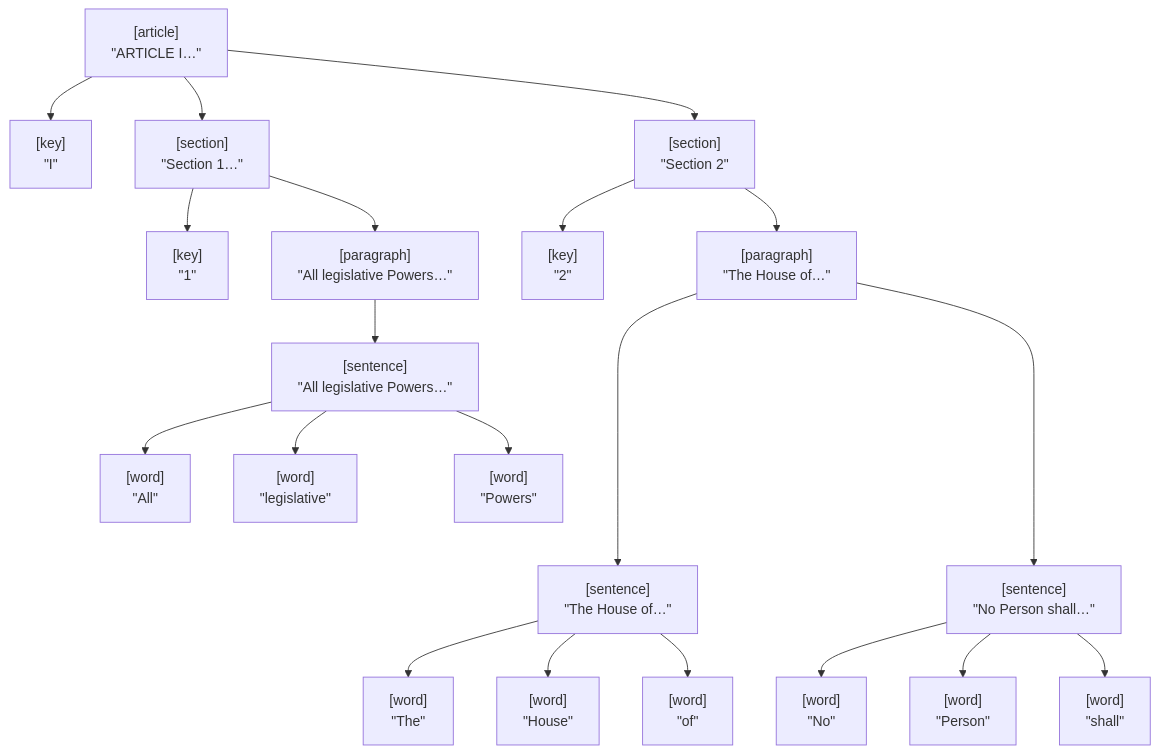
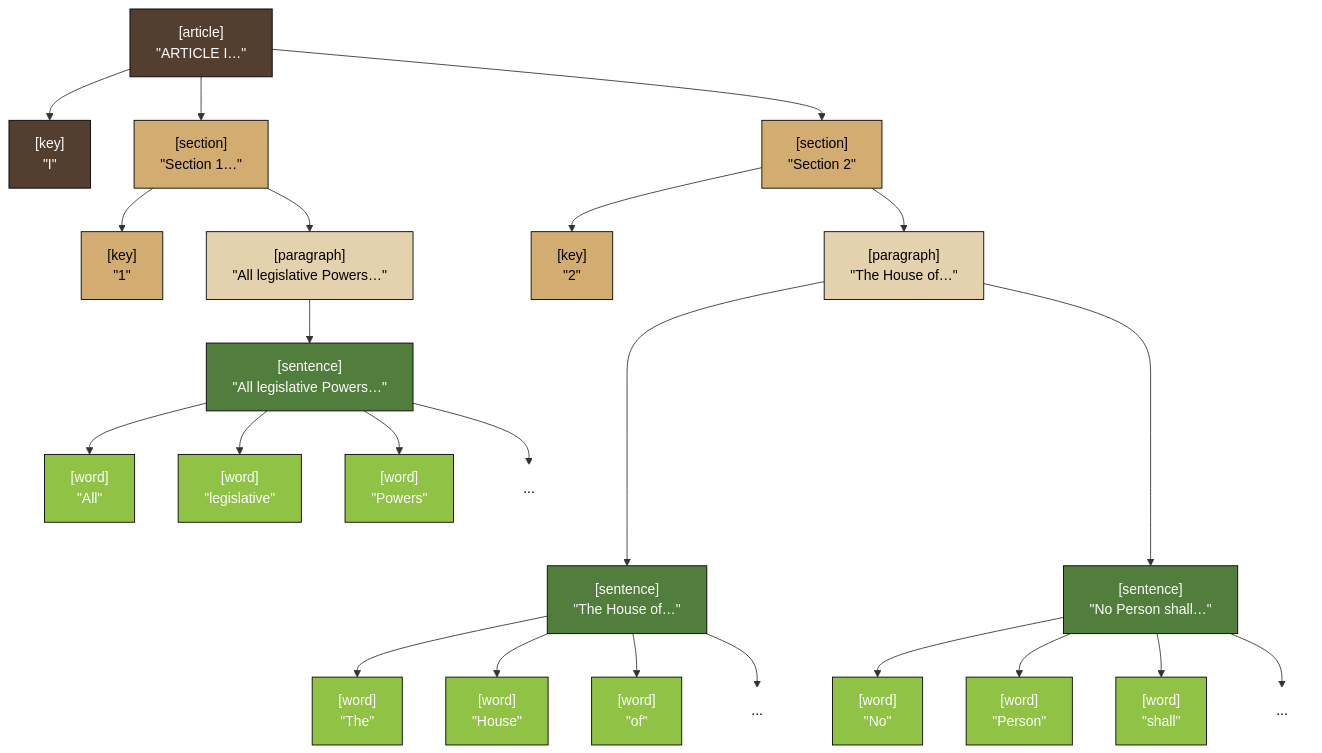
One commit to rlayers/pawpaw changed the diagram in README.md. Above: the diagram before and after it, drawn with Mermaid. The commit also changed other lines of this file, not shown here.

Commit message:
Prettier, easier to understand constitution graph

````diff
--- a/README.md
+++ b/README.md
@@ -79,23 +83,34 @@
 ```mermaid
 graph TD;
-    A1["[article]<br/>#quot;ARTICLE I…#quot;"]-->A1_k["[key]<br/>#quot;I#quot;"];
-    A1-->Sc1["[section]<br/>#quot;Section 1…#quot;"];
-    Sc1-->Sc1_k["[key]<br/>#quot;1#quot;"]
-    Sc1-->Sc1_p1["[paragraph]<br/>#quot;All legislative Powers…#quot;"]
-    Sc1_p1-->Sc1_p1_s1["[sentence]<br/>#quot;All legislative Powers…#quot;"]
-    Sc1_p1_s1-->Sc1_p1_s1_w1["[word]<br/>#quot;All#quot;"]
-    Sc1_p1_s1-->Sc1_p1_s1_w2["[word]<br/>#quot;legislative#quot;"]
-    Sc1_p1_s1-->Sc1_p1_s1_w3["[word]<br/>#quot;Powers#quot;"]
+    A1["[article]<br/>#quot;ARTICLE I…#quot;"]:::article --> A1_k["[key]<br/>#quot;I#quot;"]:::article;
+    A1-->Sc1["[section]<br/>#quot;Section 1…#quot;"]:::section;
+    Sc1-->Sc1_k["[key]<br/>#quot;1#quot;"]:::section
+    Sc1-->Sc1_p1["[paragraph]<br/>#quot;All legislative Powers…#quot;"]:::paragraph
+    Sc1_p1-->Sc1_p1_s1["[sentence]<br/>#quot;All legislative Powers…#quot;"]:::sentence
+    Sc1_p1_s1-->Sc1_p1_s1_w1["[word]<br/>#quot;All#quot;"]:::word
+    Sc1_p1_s1-->Sc1_p1_s1_w2["[word]<br/>#quot;legislative#quot;"]:::word
+    Sc1_p1_s1-->Sc1_p1_s1_w3["[word]<br/>#quot;Powers#quot;"]:::word
+    Sc1_p1_s1-->Sc1_p1_s1_w4["..."]:::ellipsis
     
-    A1-->Sc2["[section]<br/>#quot;Section 2#quot;"];
-    Sc2-->Sc2_k["[key]<br/>#quot;2#quot;"]
-    Sc2-->Sc2_p1["[paragraph]<br/>#quot;The House of…#quot;"]
-    Sc2_p1---->Sc2_p1_s1["[sentence]<br/>#quot;The House of…#quot;"]
-    Sc2_p1_s1-->Sc2_p1_s1_w1["[word]<br/>#quot;The#quot;"]
-    Sc2_p1_s1-->Sc2_p1_s1_w2["[word]<br/>#quot;House#quot;"]
-    Sc2_p1_s1-->Sc2_p1_s1_w3["[word]<br/>#quot;of#quot;"]
-    Sc2_p1---->Sc2_p1_s2["[sentence]<br/>#quot;No Person shall…#quot;"]
-    Sc2_p1_s2-->Sc2_p1_s2_w1["[word]<br/>#quot;No#quot;"]
-    Sc2_p1_s2-->Sc2_p1_s2_w2["[word]<br/>#quot;Person#quot;"]
-    Sc2_p1_s2-->Sc2_p1_s2_w3["[word]<br/>#quot;shall#quot;"]
+    A1-->Sc2["[section]<br/>#quot;Section 2#quot;"]:::section;
+    Sc2-->Sc2_k["[key]<br/>#quot;2#quot;"]:::section
+    Sc2-->Sc2_p1["[paragraph]<br/>#quot;The House of…#quot;"]:::paragraph
+    Sc2_p1---->Sc2_p1_s1["[sentence]<br/>#quot;The House of…#quot;"]:::sentence
+    Sc2_p1_s1-->Sc2_p1_s1_w1["[word]<br/>#quot;The#quot;"]:::word
+    Sc2_p1_s1-->Sc2_p1_s1_w2["[word]<br/>#quot;House#quot;"]:::word
+    Sc2_p1_s1-->Sc2_p1_s1_w3["[word]<br/>#quot;of#quot;"]:::word
+    Sc2_p1_s1-->Sc2_p1_s1_w4["..."]:::ellipsis
+    Sc2_p1---->Sc2_p1_s2["[sentence]<br/>#quot;No Person shall…#quot;"]:::sentence
+    Sc2_p1_s2-->Sc2_p1_s2_w1["[word]<br/>#quot;No#quot;"]:::word
+    Sc2_p1_s2-->Sc2_p1_s2_w2["[word]<br/>#quot;Person#quot;"]:::word
+    Sc2_p1_s2-->Sc2_p1_s2_w3["[word]<br/>#quot;shall#quot;"]:::word
+    Sc2_p1_s2-->Sc2_p1_s2_w4["..."]:::ellipsis
+    
+    classDef article fill:#533E30,stroke:#000000,color:#FFFFFF;
+    classDef key fill:#533E30,stroke:#000000,color:#FFFFFF;
+    classDef section fill:#D2AC70,stroke:#000000,color:#000000;
+    classDef paragraph fill:#E4D1AE,stroke:#000000,color:#000000;
+    classDef sentence fill:#517D3D,stroke:#000000,color:#FFFFFF;
+    classDef word fill:#90C246,stroke:#000000,color:#FFFFFF;
+    classDef ellipsis fill:#FFFFFF,stroke:#FFFFFF,color:#000000;
 ```
````
